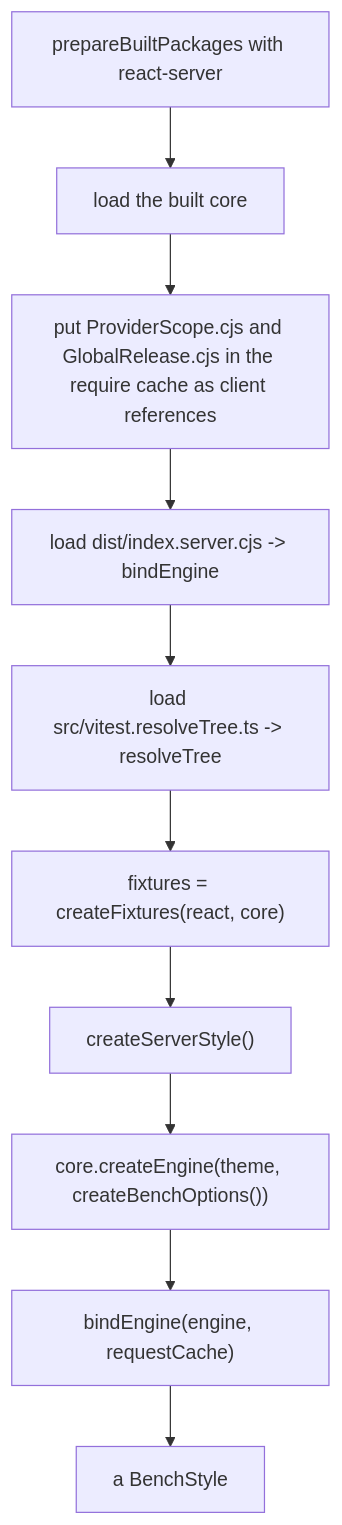
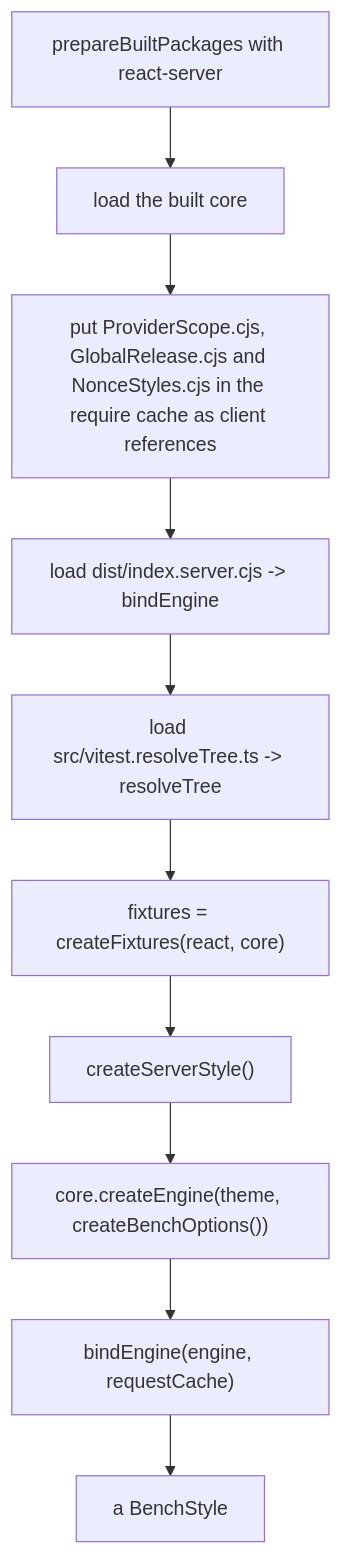
Before and after one commit to soroush-tech/umber-style: the diagram in packages/react/bench/server.md, drawn with Mermaid. The commit also changed other lines of this file and 67 other files, not shown here.

Commit message:
feat: a page of server components keeps its styles under a strict nonce policy on Next.js, from a source or a fixed nonce, and a warm render does not redo the value repair and style elements of classes it has - close #66, close #68

````diff
--- a/packages/react/bench/server.md
+++ b/packages/react/bench/server.md
@@ -20,12 +20,12 @@
 ```mermaid
 flowchart TD
   prep["prepareBuiltPackages with react-server"] --> core["load the built core"]
-  core --> refs["put ProviderScope.cjs and GlobalRelease.cjs in the require cache as client references"]
+  core --> refs["put ProviderScope.cjs, GlobalRelease.cjs and NonceStyles.cjs in the require cache as client references"]
   refs --> bind["load dist/index.server.cjs -> bindEngine"]
   bind --> rt["load src/vitest.resolveTree.ts -> resolveTree"]
   rt --> fix["fixtures = createFixtures(react, core)"]
   fix --> mk["createServerStyle()"]
   mk --> eng["core.createEngine(theme, createBenchOptions())"]
   eng --> be["bindEngine(engine, requestCache)"]
   be --> out["a BenchStyle"]
 ```
````
